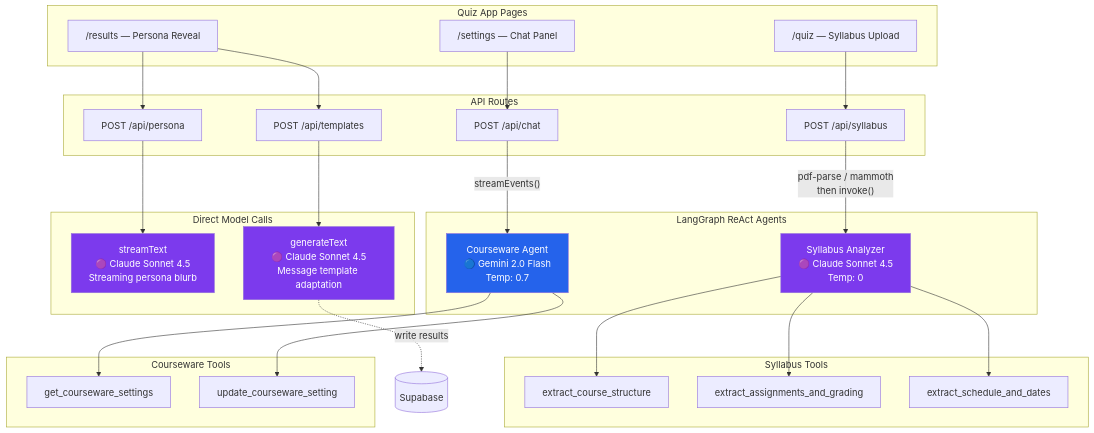
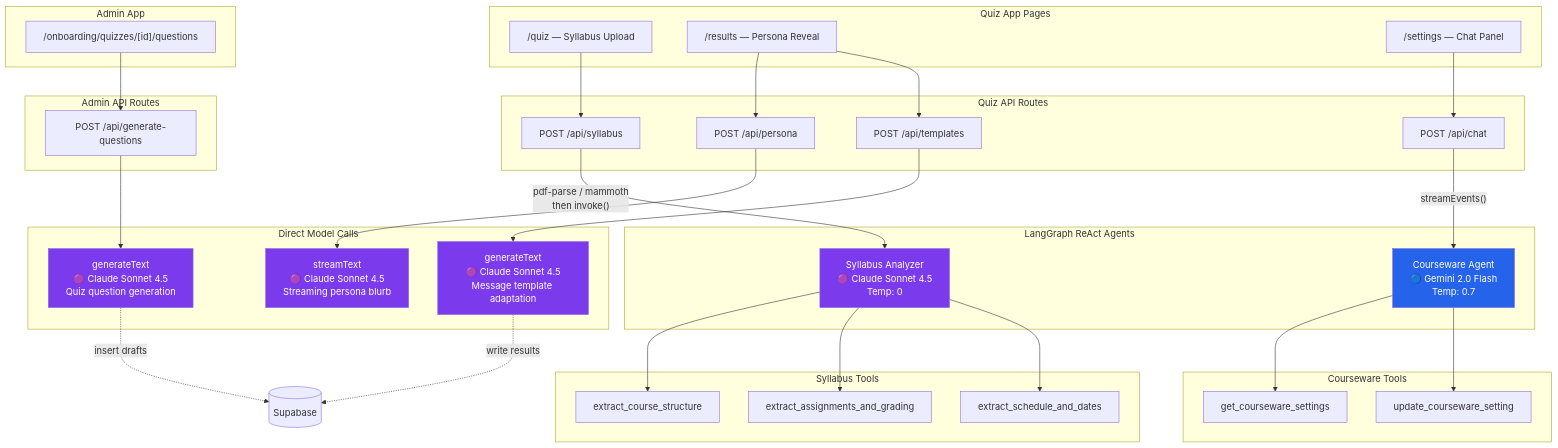
Before and after one commit to LeftShotDev/overclock-capstone: the diagram in README.md, drawn with Mermaid. The commit also changed other lines of this file, not shown here.

First line of the commit message:
Update README with admin AI question generation and onboarding routing

````diff
--- a/README.md
+++ b/README.md
@@ -19,60 +27,73 @@
 ```mermaid
 flowchart TB
     subgraph clients ["Quiz App Pages"]
         quiz["/quiz — Syllabus Upload"]
         results["/results — Persona Reveal"]
         settings["/settings — Chat Panel"]
     end
 
-    subgraph api ["API Routes"]
+    subgraph adminUI ["Admin App"]
+        quizMgmt["/onboarding/quizzes/[id]/questions"]
+    end
+
+    subgraph quizAPI ["Quiz API Routes"]
         syllabus["POST /api/syllabus"]
         persona["POST /api/persona"]
         templates["POST /api/templates"]
         chat["POST /api/chat"]
+    end
+
+    subgraph adminAPI ["Admin API Routes"]
+        genQ["POST /api/generate-questions"]
     end
 
     subgraph agents ["LangGraph ReAct Agents"]
         syllAgent["Syllabus Analyzer\n🟣 Claude Sonnet 4.5\nTemp: 0"]
         cwAgent["Courseware Agent\n🔵 Gemini 2.0 Flash\nTemp: 0.7"]
     end
 
     subgraph syllTools ["Syllabus Tools"]
         t1["extract_course_structure"]
         t2["extract_assignments_and_grading"]
         t3["extract_schedule_and_dates"]
     end
 
     subgraph cwTools ["Courseware Tools"]
         t4["get_courseware_settings"]
         t5["update_courseware_setting"]
     end
 
     subgraph direct ["Direct Model Calls"]
         personaLLM["streamText\n🟣 Claude Sonnet 4.5\nStreaming persona blurb"]
         templateLLM["generateText\n🟣 Claude Sonnet 4.5\nMessage template adaptation"]
+        questionLLM["generateText\n🟣 Claude Sonnet 4.5\nQuiz question generation"]
     end
 
     quiz --> syllabus
     results --> persona
     results --> templates
     settings --> chat
+    quizMgmt --> genQ
 
     syllabus -->|"pdf-parse / mammoth\nthen invoke()"| syllAgent
     persona --> personaLLM
     templates --> templateLLM
     chat -->|"streamEvents()"| cwAgent
+    genQ --> questionLLM
 
     syllAgent --> t1
     syllAgent --> t2
     syllAgent --> t3
 
     cwAgent --> t4
     cwAgent --> t5
 
     templateLLM -.->|"write results"| supabase[(Supabase)]
+    questionLLM -.->|"insert drafts"| supabase
 
     style syllAgent fill:#7c3aed,color:#fff
     style personaLLM fill:#7c3aed,color:#fff
     style templateLLM fill:#7c3aed,color:#fff
+    style questionLLM fill:#7c3aed,color:#fff
     style cwAgent fill:#2563eb,color:#fff
 ```
````
